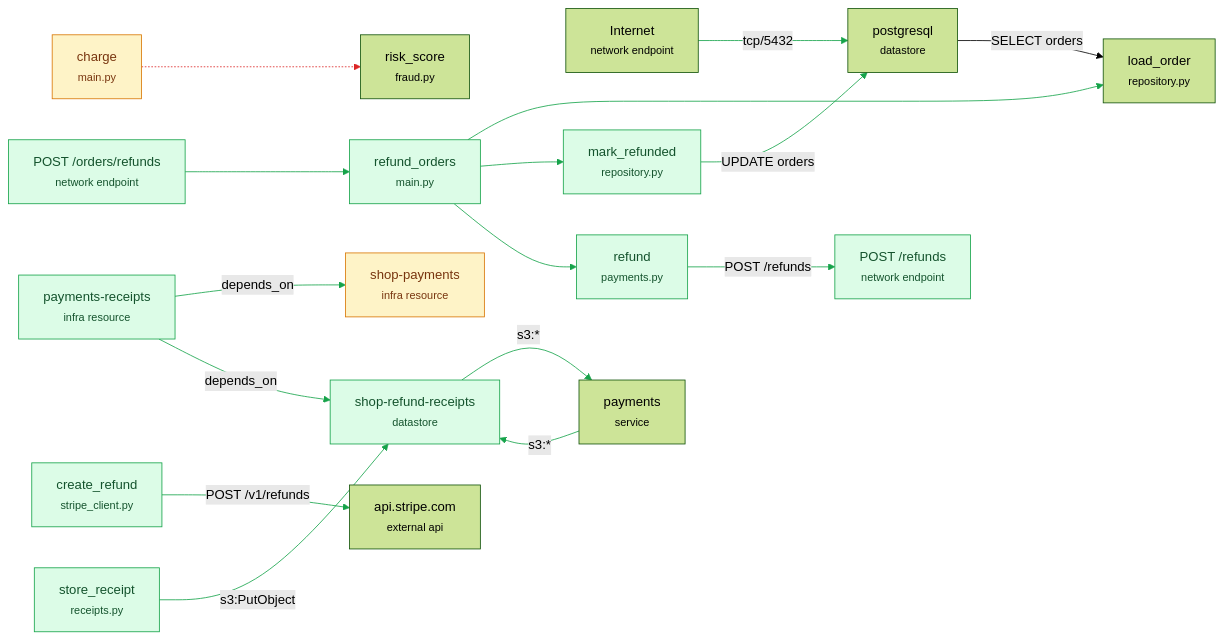
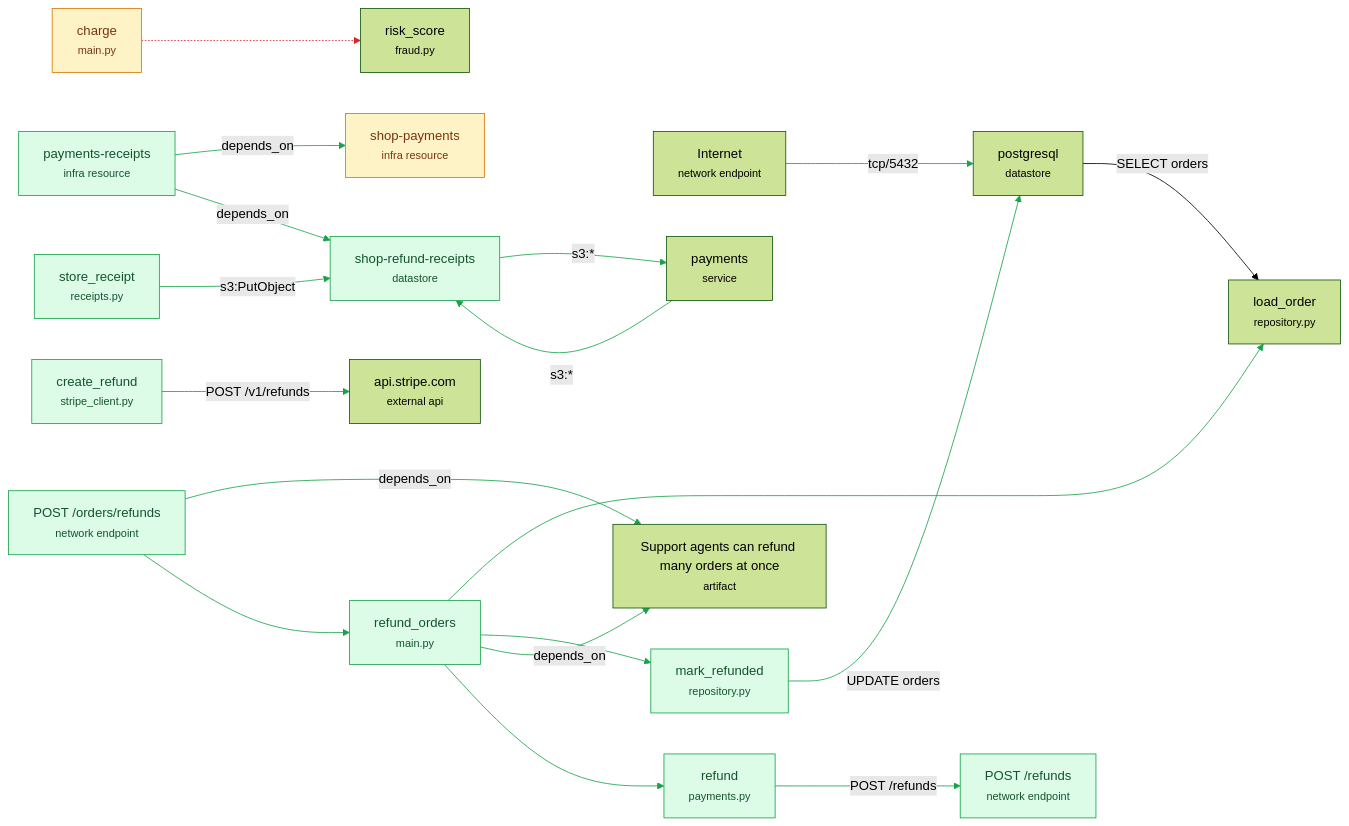
One commit to theorjiugovictor/breadth changed the diagram in examples/shop-pr.md. Above: the diagram before and after it, drawn with Mermaid (forest theme). The commit also changed other lines of this file and 10 other files, not shown here.

````diff
--- a/examples/shop-pr.md
+++ b/examples/shop-pr.md
@@ -31,54 +33,59 @@
 ```mermaid
 flowchart LR
   n0["Internet<br/><small>network endpoint</small>"]
   n1["postgresql<br/><small>datastore</small>"]
   n2["shop-payments<br/><small>infra resource</small>"]
   n3["charge<br/><small>main.py</small>"]
   n4["risk_score<br/><small>fraud.py</small>"]
   n5["mark_refunded<br/><small>repository.py</small>"]
   n6["store_receipt<br/><small>receipts.py</small>"]
   n7["shop-refund-receipts<br/><small>datastore</small>"]
   n8["create_refund<br/><small>stripe_client.py</small>"]
   n9["api.stripe.com<br/><small>external api</small>"]
   n10["refund_orders<br/><small>main.py</small>"]
   n11["load_order<br/><small>repository.py</small>"]
   n12["POST /orders/refunds<br/><small>network endpoint</small>"]
   n13["POST /refunds<br/><small>network endpoint</small>"]
   n14["payments<br/><small>service</small>"]
   n15["refund<br/><small>payments.py</small>"]
-  n16["payments-receipts<br/><small>infra resource</small>"]
+  n16["Support agents can refund many orders at once<br/><small>artifact</small>"]
+  n17["payments-receipts<br/><small>infra resource</small>"]
   n0 -->|"tcp/5432"| n1
   n3 -.-> n4
   n5 -->|"UPDATE orders"| n1
   n6 -->|"s3:PutObject"| n7
   n8 -->|"POST /v1/refunds"| n9
   n10 --> n11
   n10 --> n5
   n14 -->|"s3:*"| n7
   n15 -->|"POST /refunds"| n13
   n7 -->|"s3:*"| n14
+  n10 -->|"depends_on"| n16
+  n12 -->|"depends_on"| n16
   n12 --> n10
   n10 --> n15
   n1 -->|"SELECT orders"| n11
-  n16 -->|"depends_on"| n2
-  n16 -->|"depends_on"| n7
+  n17 -->|"depends_on"| n2
+  n17 -->|"depends_on"| n7
   classDef added fill:#dcfce7,stroke:#16a34a,color:#14532d
   classDef removed fill:#fee2e2,stroke:#dc2626,color:#7f1d1d,stroke-dasharray:4 3
   classDef changed fill:#fef3c7,stroke:#d97706,color:#78350f
-  class n5,n6,n7,n8,n10,n12,n13,n15,n16 added
+  class n5,n6,n7,n8,n10,n12,n13,n15,n17 added
   class n2,n3 changed
   linkStyle 0 stroke:#16a34a
   linkStyle 1 stroke:#dc2626
   linkStyle 2 stroke:#16a34a
   linkStyle 3 stroke:#16a34a
   linkStyle 4 stroke:#16a34a
   linkStyle 5 stroke:#16a34a
   linkStyle 6 stroke:#16a34a
   linkStyle 7 stroke:#16a34a
   linkStyle 8 stroke:#16a34a
   linkStyle 9 stroke:#16a34a
   linkStyle 10 stroke:#16a34a
   linkStyle 11 stroke:#16a34a
+  linkStyle 12 stroke:#16a34a
   linkStyle 13 stroke:#16a34a
-  linkStyle 14 stroke:#16a34a
+  linkStyle 15 stroke:#16a34a
+  linkStyle 16 stroke:#16a34a
 ```
````
